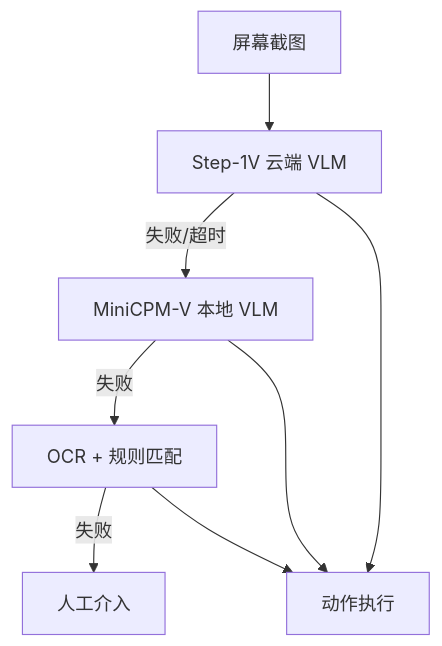
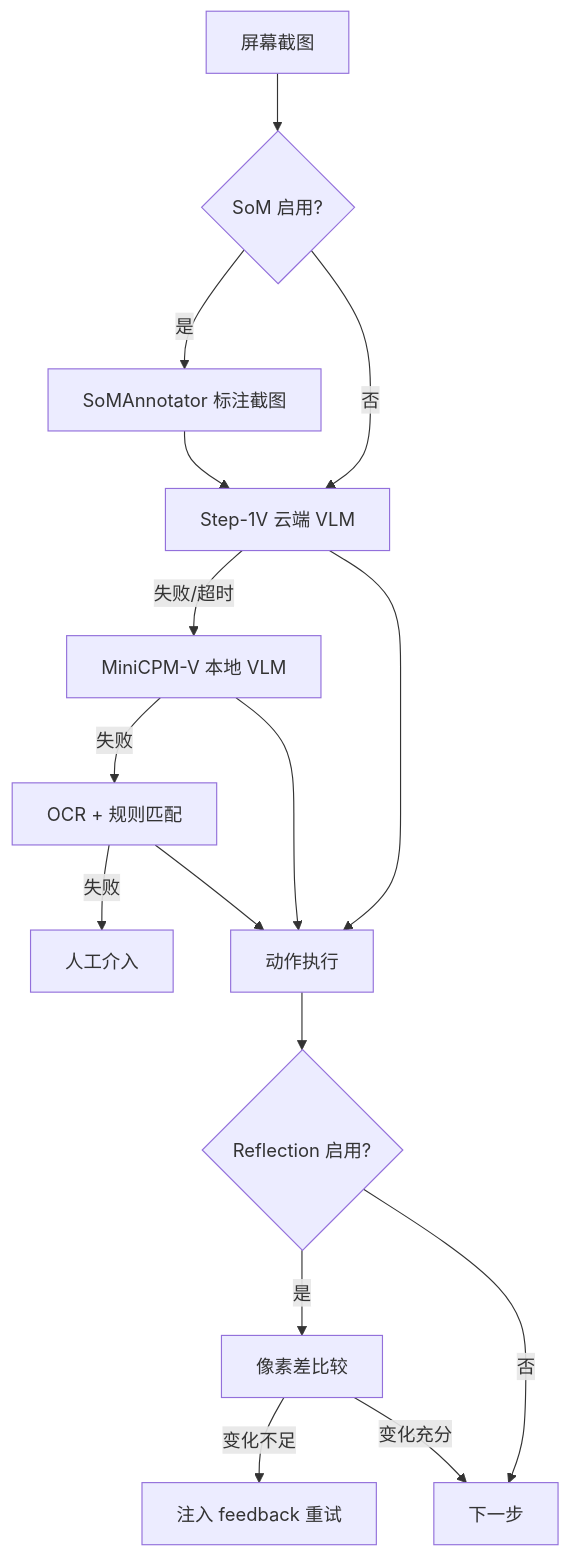
One commit to laiyinyizao007/pixelclaw changed the first of 3 diagrams in PROJECTWIKI.md. Above: the diagram before and after it, drawn with Mermaid. The commit also changed other lines of this file and 63 other files, not shown here.

````diff
--- a/PROJECTWIKI.md
+++ b/PROJECTWIKI.md
@@ -14,8 +14,16 @@
 ```mermaid
 flowchart TD
-    S[屏幕截图] --> V1[Step-1V 云端 VLM]
+    S[屏幕截图] --> SOM{SoM 启用?}
+    SOM -->|是| ANN[SoMAnnotator 标注截图]
+    SOM -->|否| V1
+    ANN --> V1[Step-1V 云端 VLM]
     V1 -->|失败/超时| V2[MiniCPM-V 本地 VLM]
     V2 -->|失败| V3[OCR + 规则匹配]
     V3 -->|失败| V4[人工介入]
     V1 & V2 & V3 --> A[动作执行]
+    A --> REF{Reflection 启用?}
+    REF -->|是| DIFF[像素差比较]
+    DIFF -->|变化不足| RETRY[注入 feedback 重试]
+    REF -->|否| NEXT[下一步]
+    DIFF -->|变化充分| NEXT
 ```
````
